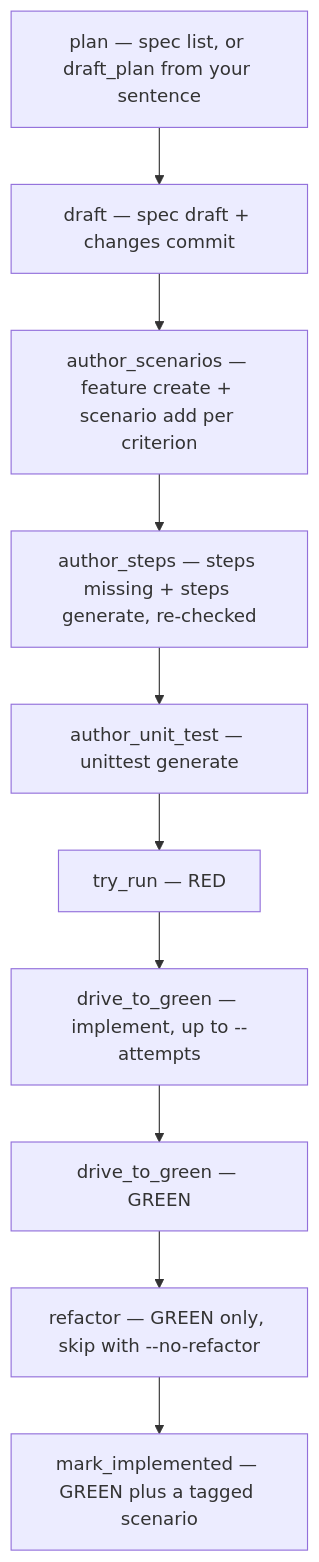
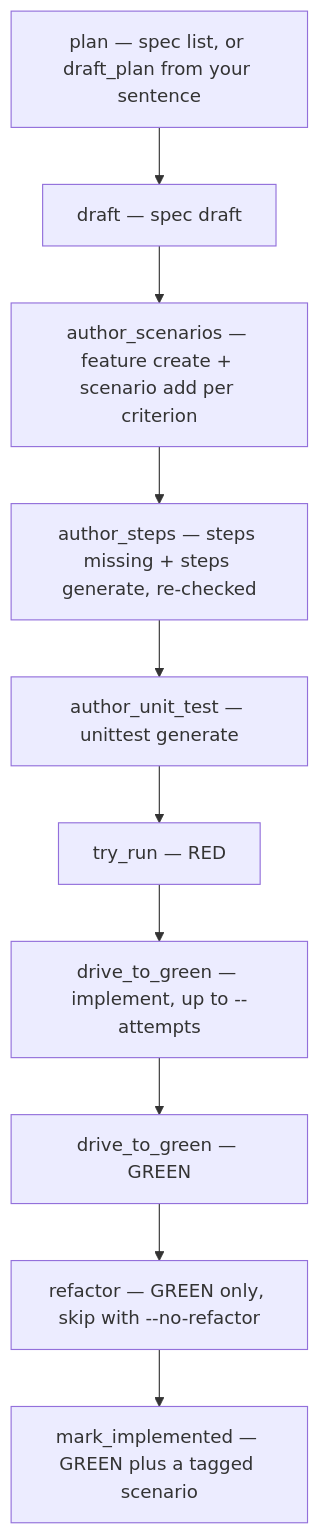
One commit to davidparry/spec-driven-agentic changed the diagram in talks/presenter-notes.md. Above: the diagram before and after it, drawn with Mermaid. The commit also changed other lines of this file and 157 other files, not shown here.

````diff
--- a/talks/presenter-notes.md
+++ b/talks/presenter-notes.md
@@ -577,12 +577,12 @@
 ```mermaid
 flowchart TD
-    Plan["plan — spec list, or draft_plan from your sentence"] --> Draft["draft — spec draft + changes commit"]
+    Plan["plan — spec list, or draft_plan from your sentence"] --> Draft["draft — spec draft"]
     Draft --> Scenario["author_scenarios — feature create + scenario add per criterion"]
     Scenario --> Steps["author_steps — steps missing + steps generate, re-checked"]
     Steps --> Unit["author_unit_test — unittest generate"]
     Unit --> Red["try_run — RED"]
     Red --> Impl["drive_to_green — implement, up to --attempts"]
     Impl --> Green["drive_to_green — GREEN"]
     Green --> Refactor["refactor — GREEN only, skip with --no-refactor"]
     Refactor --> Mark["mark_implemented — GREEN plus a tagged scenario"]
 ```
````
